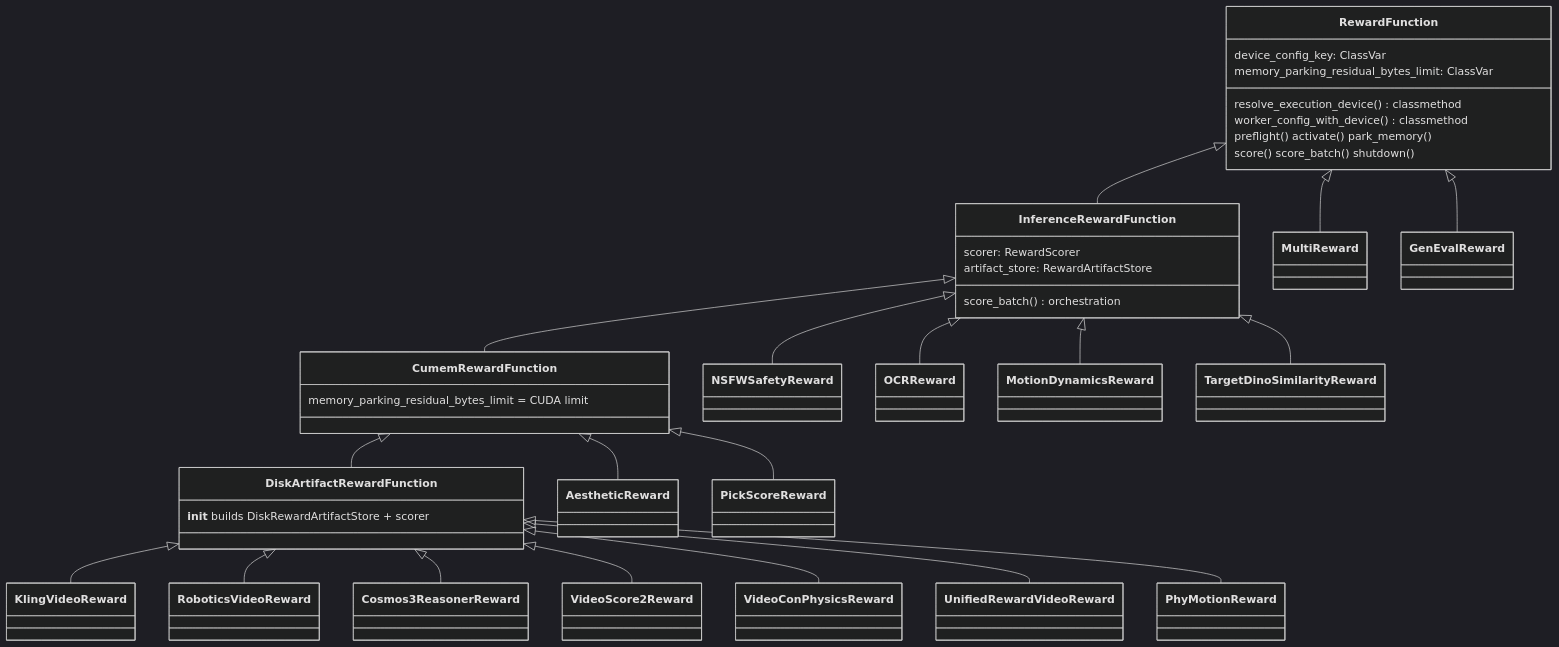
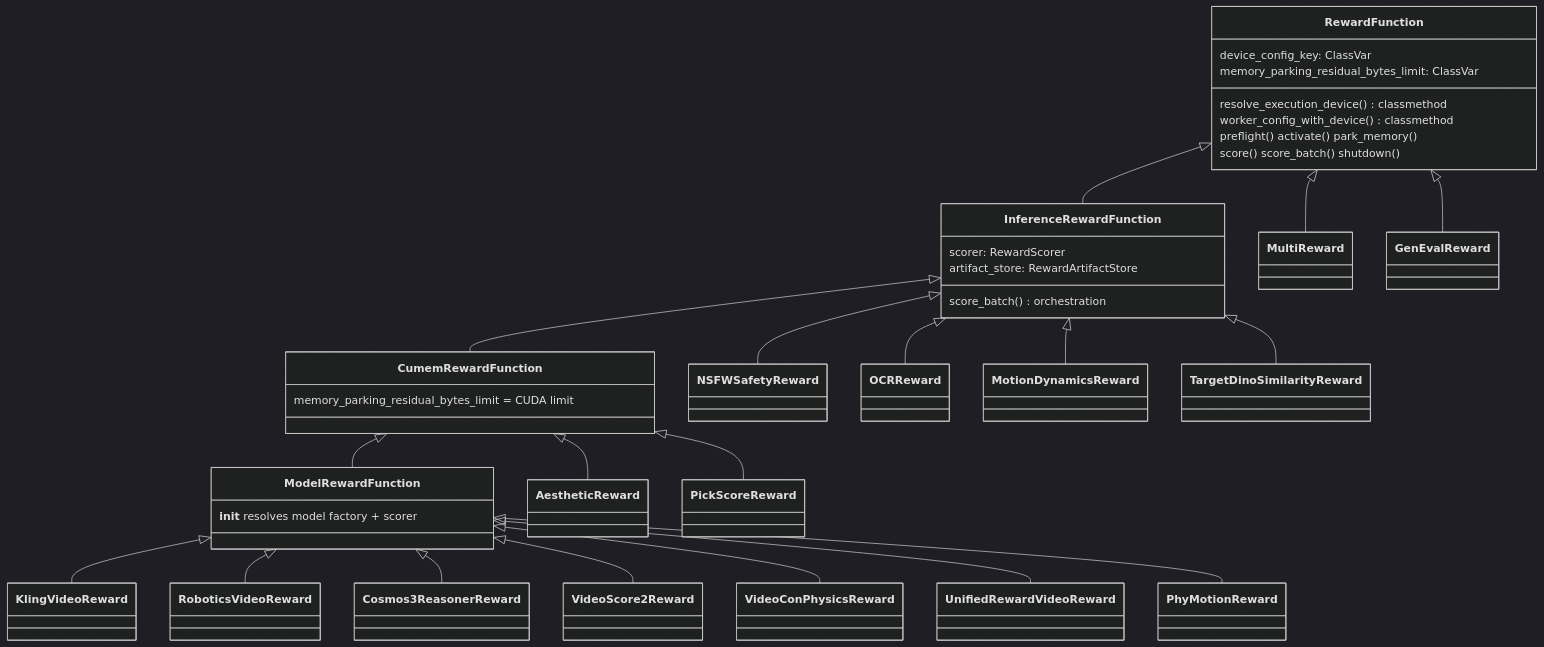
Before and after one commit to guoriyue/VRL: the third of 3 diagrams in docs/ENGINE_ARCHITECTURE.md, drawn with Mermaid (dark theme). The commit also changed other lines of this file and 140 other files, not shown here.

First line of the commit message:
refactor(rewards): Ray reward actors and object-store media replace worker files and the managed HTTP subprocess

````diff
--- a/docs/ENGINE_ARCHITECTURE.md
+++ b/docs/ENGINE_ARCHITECTURE.md
@@ -166,40 +166,40 @@
 ```mermaid
 classDiagram
     class RewardFunction {
         device_config_key: ClassVar
         memory_parking_residual_bytes_limit: ClassVar
         resolve_execution_device() classmethod
         worker_config_with_device() classmethod
         preflight() activate() park_memory()
         score() score_batch() shutdown()
     }
     class InferenceRewardFunction {
         scorer: RewardScorer
         artifact_store: RewardArtifactStore
         score_batch() orchestration
     }
     class CumemRewardFunction {
         memory_parking_residual_bytes_limit = CUDA limit
     }
-    class DiskArtifactRewardFunction {
-        __init__ builds DiskRewardArtifactStore + scorer
+    class ModelRewardFunction {
+        __init__ resolves model factory + scorer
     }
     RewardFunction <|-- InferenceRewardFunction
     InferenceRewardFunction <|-- CumemRewardFunction
-    CumemRewardFunction <|-- DiskArtifactRewardFunction
+    CumemRewardFunction <|-- ModelRewardFunction
     RewardFunction <|-- MultiReward
     RewardFunction <|-- GenEvalReward
     InferenceRewardFunction <|-- NSFWSafetyReward
     InferenceRewardFunction <|-- OCRReward
     InferenceRewardFunction <|-- MotionDynamicsReward
     InferenceRewardFunction <|-- TargetDinoSimilarityReward
     CumemRewardFunction <|-- AestheticReward
     CumemRewardFunction <|-- PickScoreReward
-    DiskArtifactRewardFunction <|-- KlingVideoReward
-    DiskArtifactRewardFunction <|-- RoboticsVideoReward
-    DiskArtifactRewardFunction <|-- Cosmos3ReasonerReward
-    DiskArtifactRewardFunction <|-- VideoScore2Reward
-    DiskArtifactRewardFunction <|-- VideoConPhysicsReward
-    DiskArtifactRewardFunction <|-- UnifiedRewardVideoReward
-    DiskArtifactRewardFunction <|-- PhyMotionReward
+    ModelRewardFunction <|-- KlingVideoReward
+    ModelRewardFunction <|-- RoboticsVideoReward
+    ModelRewardFunction <|-- Cosmos3ReasonerReward
+    ModelRewardFunction <|-- VideoScore2Reward
+    ModelRewardFunction <|-- VideoConPhysicsReward
+    ModelRewardFunction <|-- UnifiedRewardVideoReward
+    ModelRewardFunction <|-- PhyMotionReward
 ```
````
